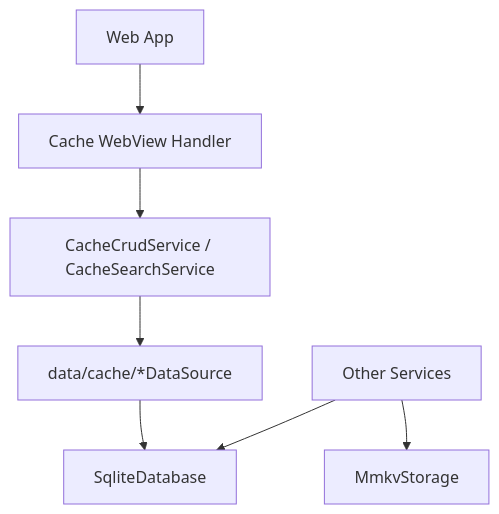
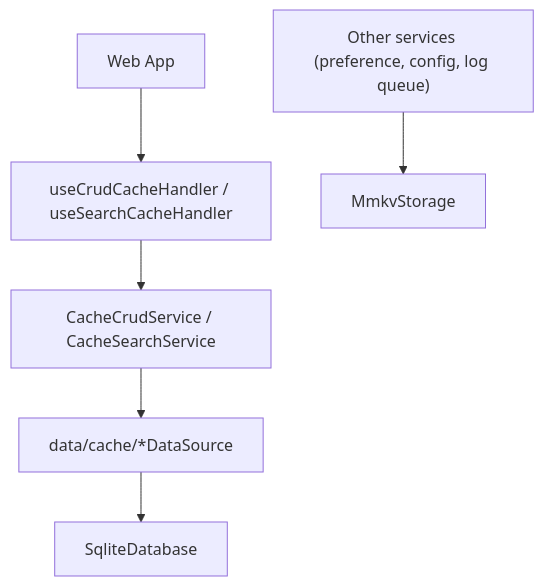
The first of 2 diagrams in apps/mobile/docs/cache.md (lemoncloud-io/dou-app), drawn with Mermaid before and after one commit. The commit also changed other lines of this file, not shown here.

First line of the commit message:
docs(mobile): rewrite the cache doc in english

````diff
--- a/apps/mobile/docs/cache.md
+++ b/apps/mobile/docs/cache.md
@@ -16,9 +23,8 @@
 ```mermaid
 flowchart TD
-    Web["Web App"] --> Handler["Cache WebView Handler"]
+    Web["Web App"] --> Handler["useCrudCacheHandler / useSearchCacheHandler"]
     Handler --> CacheService["CacheCrudService / CacheSearchService"]
     CacheService --> DataSource["data/cache/*DataSource"]
     DataSource --> SQLite["SqliteDatabase"]
-    OtherService["Other Services"] --> MMKV["MmkvStorage"]
-    OtherService --> SQLite
+    OtherService["Other services (preference, config, log queue)"] --> MMKV["MmkvStorage"]
 ```
````
